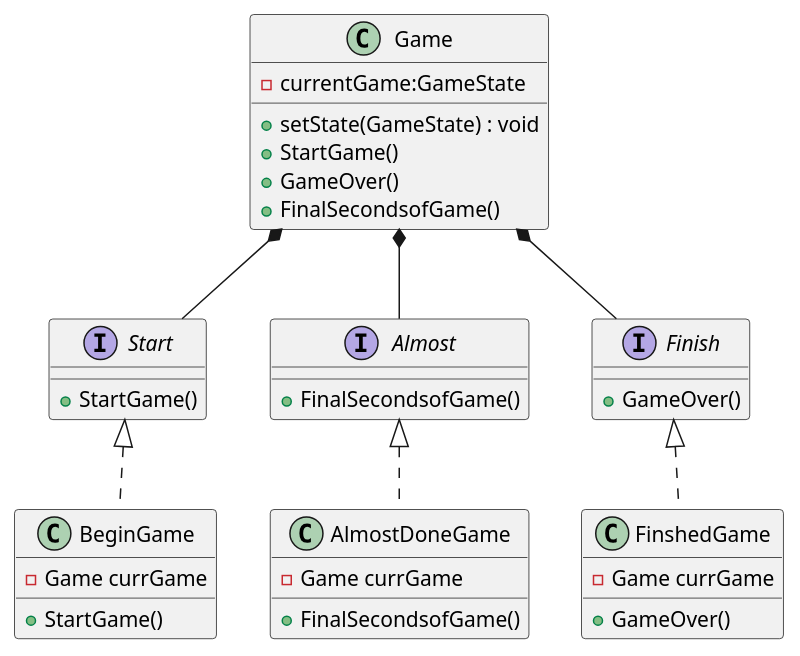
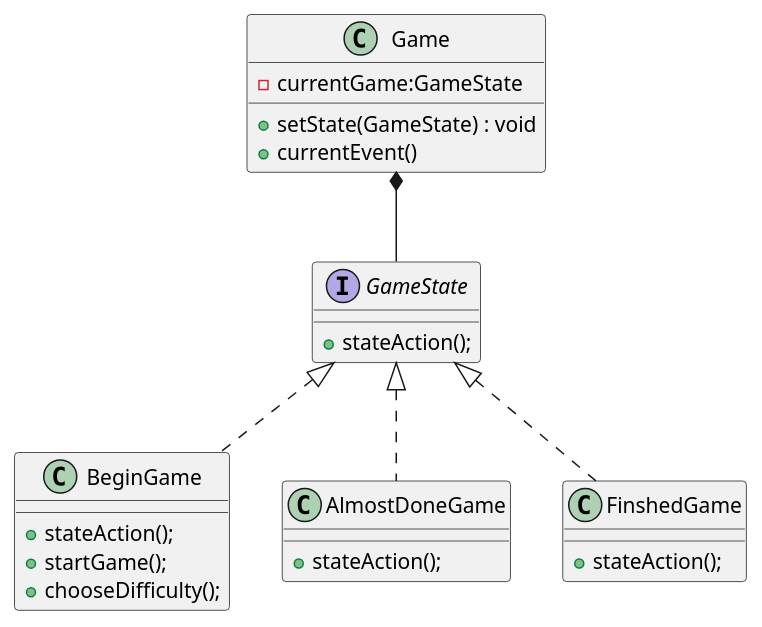
The diagram in UML/Design Patterns/StatePattern.wsd (shadyalattarr/Circus-of-Plates), drawn with PlantUML before and after one commit. The commit also changed other lines of this file, not shown here.

```diff
--- a/UML/Design Patterns/StatePattern.wsd
+++ b/UML/Design Patterns/StatePattern.wsd
@@ -1,46 +1,31 @@
 @startuml StatePattern
 
 class Game {
     - currentGame:GameState
     + setState(GameState) : void
-    + StartGame()
-    + GameOver()
-    + FinalSecondsofGame()
+    + currentEvent()
 }
 
-interface Start { 
-    +StartGame()
+interface GameState { 
+    +stateAction();
     
 }
-interface Almost { 
-    
-    +FinalSecondsofGame()
-    
-}
-interface Finish { 
-    
-    +GameOver()
-}
 
-class BeginGame implements Start{ 
-    -Game currGame
-    +StartGame()
+class BeginGame implements GameState{ 
+    +stateAction();
+    +startGame();
+    +chooseDifficulty();
    
 }
 
-class AlmostDoneGame implements Almost{
-    -Game currGame
-    +FinalSecondsofGame()
+class AlmostDoneGame implements GameState{
+    +stateAction();
    
 }
 
-class FinshedGame implements Finish{
-    -Game currGame
-   
-    +GameOver()
+class FinshedGame implements GameState{   
+    +stateAction();
 }
 
-Game *-- Start
-Game *-- Almost
-Game *-- Finish
+Game *-- GameState
 @enduml
```
